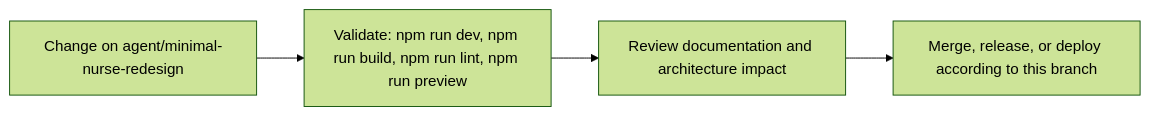
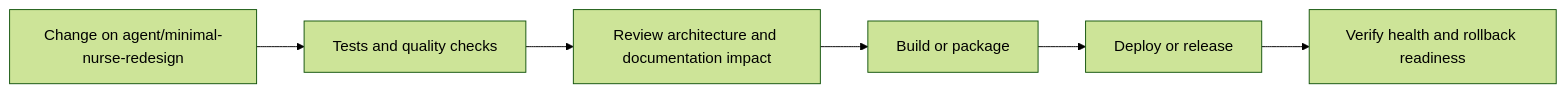
The fourth of 5 diagrams in README.md (Nischhalsubba/Reeja-Maharjan-Website-2026), drawn with Mermaid (forest theme) before and after one commit. The commit also changed other lines of this file, not shown here.

````diff
--- a/README.md
+++ b/README.md
@@ -76,8 +160,8 @@
 ```mermaid
 flowchart LR
-    CHANGE["Change on agent/minimal-nurse-redesign"]
-    CHECK["Validate: npm run dev, npm run build, npm run lint, npm run preview"]
-    REVIEW["Review documentation and architecture impact"]
-    RELEASE["Merge, release, or deploy according to this branch"]
-    CHANGE --> CHECK --> REVIEW --> RELEASE
+    CHANGE["Change on agent/minimal-nurse-redesign"] --> CHECK["Tests and quality checks"]
+    CHECK --> REVIEW["Review architecture and documentation impact"]
+    REVIEW --> BUILD["Build or package"]
+    BUILD --> DEPLOY["Deploy or release"]
+    DEPLOY --> VERIFY["Verify health and rollback readiness"]
 ```
````
